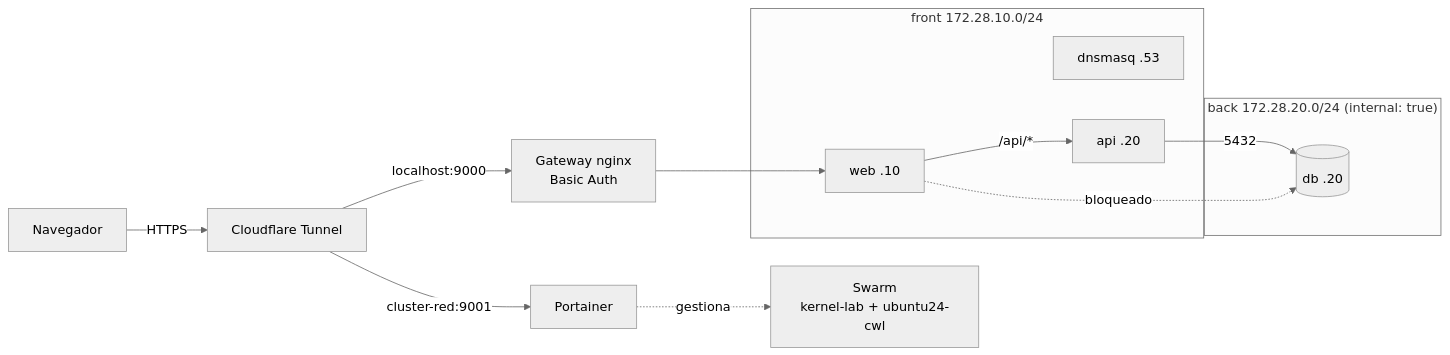
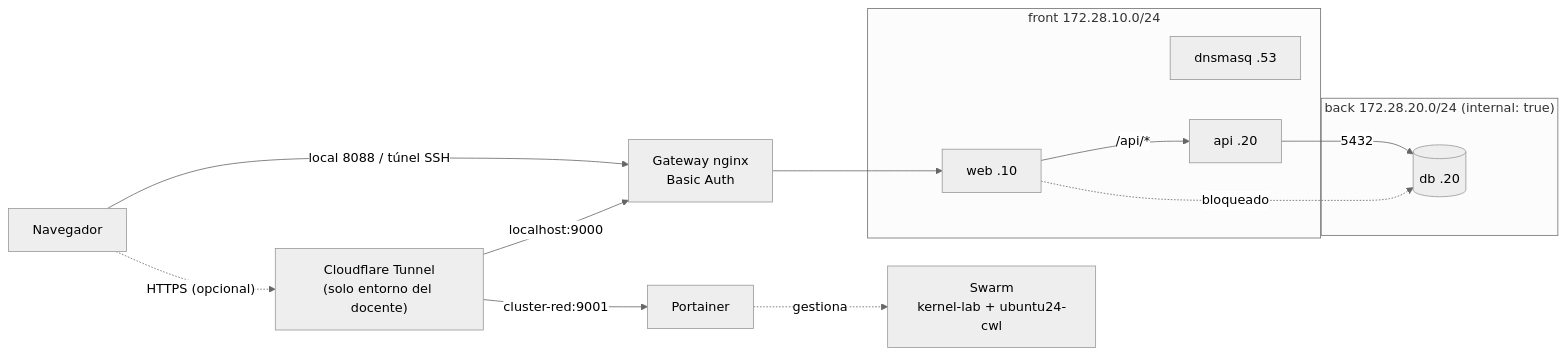
Before and after one commit to isaca0315/docker-cluster-redes: the diagram in README.md, drawn with Mermaid (neutral theme). The commit also changed other lines of this file and 11 other files, not shown here.

Commit message:
docs: marcar Cloudflare Tunnel como opcional

````diff
--- a/README.md
+++ b/README.md
@@ -204,19 +206,20 @@
 ```mermaid
 flowchart LR
-    U[Navegador] -->|HTTPS| CF[Cloudflare Tunnel]
-    CF -->|localhost:9000| GW["Gateway nginx<br/>Basic Auth"]
+    U[Navegador] -->|"local 8088 / túnel SSH"| GW["Gateway nginx<br/>Basic Auth"]
+    U -.->|"HTTPS (opcional)"| CF["Cloudflare Tunnel<br/>(solo entorno del docente)"]
+    CF -->|localhost:9000| GW
     CF -->|cluster-red:9001| PT[Portainer]
     GW --> W[web .10]
     subgraph FRONT["front 172.28.10.0/24"]
         DNS[dnsmasq .53]
         W
         A[api .20]
     end
     subgraph BACK["back 172.28.20.0/24 (internal: true)"]
         DB[(db .20)]
     end
     W -->|"/api/*"| A
     A -->|"5432"| DB
     W -. "bloqueado" .-> DB
     PT -. "gestiona" .-> SW["Swarm<br/>kernel-lab + ubuntu24-cwl"]
 ```
````
